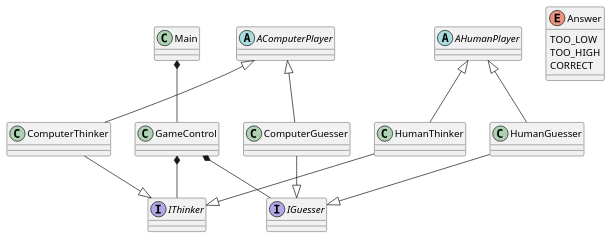
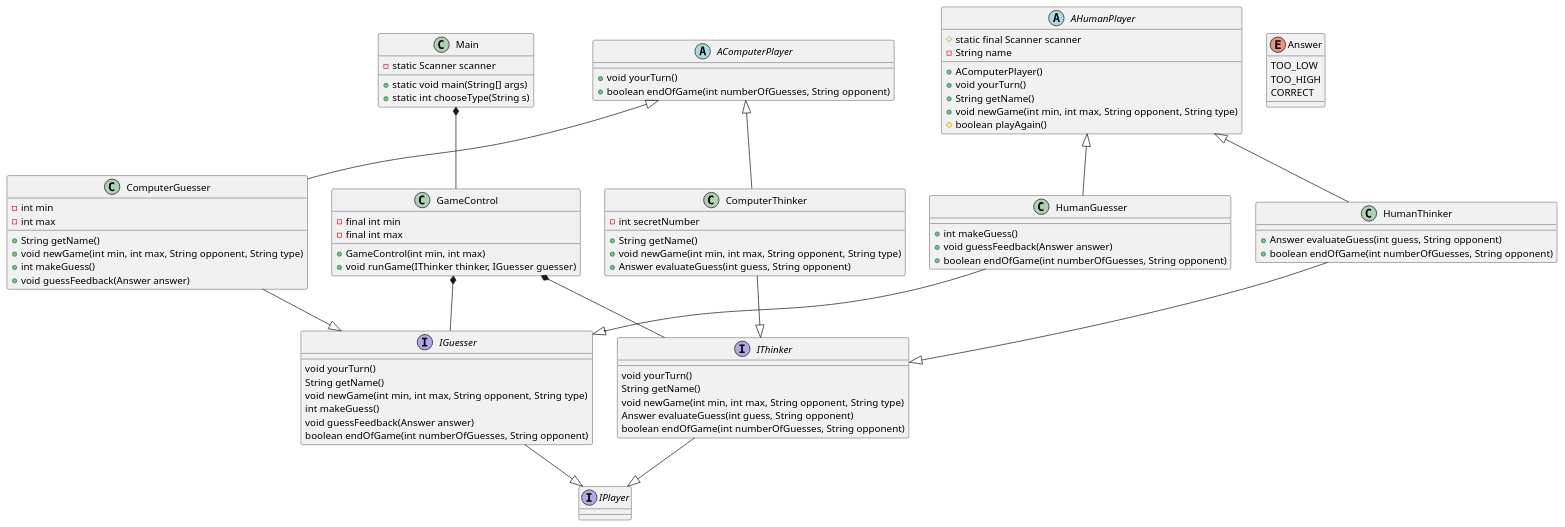
Before and after one commit to Peter537/GuessANumberGame: the diagram in Documentation/Documentation.puml, drawn with PlantUML.

```diff
--- a/Documentation/Documentation.puml
+++ b/Documentation/Documentation.puml
@@ -1,72 +1,121 @@
 @startuml
-'https://plantuml.com/class-diagram
+
+'------------------
+' INTERFACES
+'------------------
+
+interface IPlayer
+
+interface IGuesser {
+    void yourTurn()
+    String getName()
+    void newGame(int min, int max, String opponent, String type)
+    int makeGuess()
+    void guessFeedback(Answer answer)
+    boolean endOfGame(int numberOfGuesses, String opponent)
+}
+
+interface IThinker {
+    void yourTurn()
+    String getName()
+    void newGame(int min, int max, String opponent, String type)
+    Answer evaluateGuess(int guess, String opponent)
+    boolean endOfGame(int numberOfGuesses, String opponent)
+}
 
 '------------------
 ' ABSTRACT CLASSES
 '------------------
 
-abstract class AComputerPlayer
-abstract class AHumanPlayer
+abstract class AComputerPlayer {
+    + void yourTurn()
+    + boolean endOfGame(int numberOfGuesses, String opponent)
+}
 
-'------------------
-' INTERFACES
-'------------------
-
-interface IGuesser {
-
-}
-interface IThinker {
+abstract class AHumanPlayer {
+    # static final Scanner scanner
+    - String name
+    + AComputerPlayer()
+    + void yourTurn()
+    + String getName()
+    + void newGame(int min, int max, String opponent, String type)
+    # boolean playAgain()
 }
 
 '------------------
 ' CLASSES
 '------------------
 
 class ComputerThinker {
+    - int secretNumber
+    + String getName()
+    + void newGame(int min, int max, String opponent, String type)
+    + Answer evaluateGuess(int guess, String opponent)
 }
 
 class ComputerGuesser {
+    - int min
+    - int max
+    + String getName()
+    + void newGame(int min, int max, String opponent, String type)
+    + int makeGuess()
+    + void guessFeedback(Answer answer)
 }
 
 class HumanThinker {
+    + Answer evaluateGuess(int guess, String opponent)
+    + boolean endOfGame(int numberOfGuesses, String opponent)
 }
 
 class HumanGuesser {
+    + int makeGuess()
+    + void guessFeedback(Answer answer)
+    + boolean endOfGame(int numberOfGuesses, String opponent)
 }
 
 class GameControl {
+    - final int min
+    - final int max
+    + GameControl(int min, int max)
+    + void runGame(IThinker thinker, IGuesser guesser)
 }
 
 class Main {
+    - static Scanner scanner
+    + static void main(String[] args)
+    + static int chooseType(String s)
 }
 
 '------------------
 ' ENUMS
 '------------------
 
 enum Answer {
     TOO_LOW
     TOO_HIGH
     CORRECT
 }
 
 '------------------
 ' RELATIONS
 '------------------
 
 AComputerPlayer <|-- ComputerThinker
 AComputerPlayer <|-- ComputerGuesser
 AHumanPlayer <|-- HumanThinker
 AHumanPlayer <|-- HumanGuesser
 
 ComputerThinker --|> IThinker
 ComputerGuesser --|> IGuesser
 HumanThinker --|> IThinker
 HumanGuesser --|> IGuesser
 
+IThinker --|> IPlayer
+IGuesser --|> IPlayer
+
 GameControl *-- IGuesser
 GameControl *-- IThinker
 
 Main *-- GameControl
 
 @enduml
```
